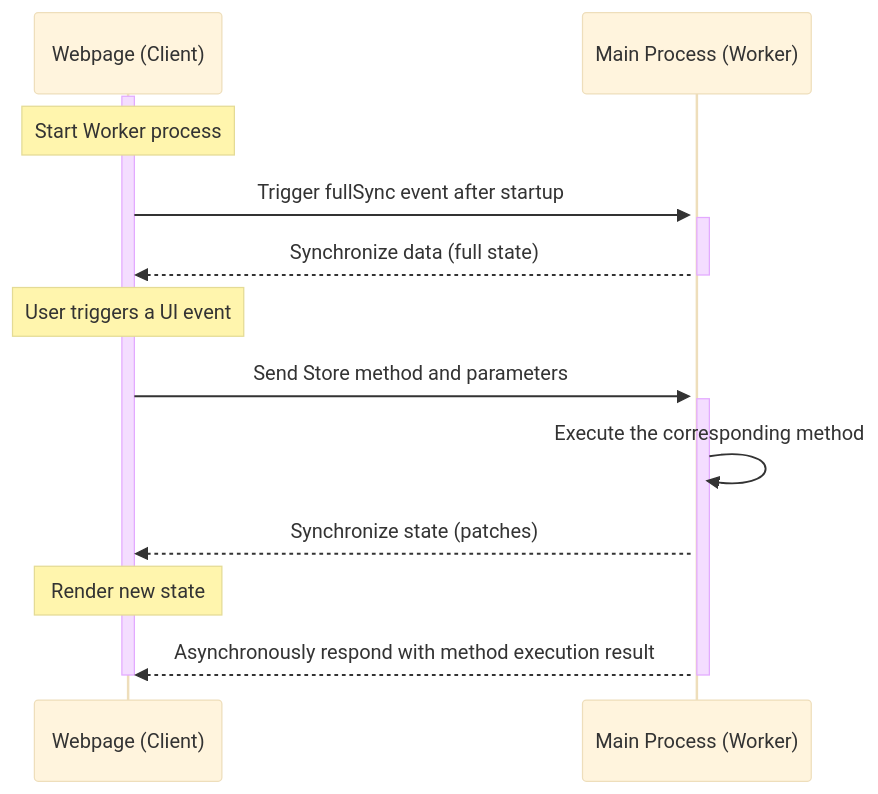
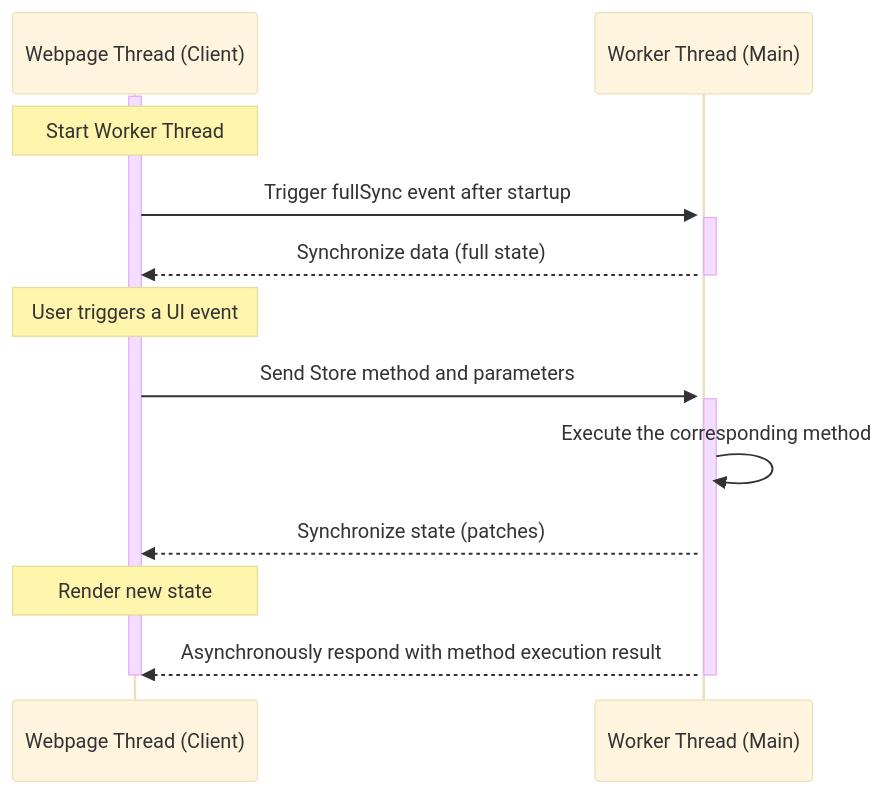
The diagram in README.md (unadlib/coaction), drawn with Mermaid (base theme) before and after one commit. The commit also changed other lines of this file and 3 other files, not shown here.

````diff
--- a/README.md
+++ b/README.md
@@ -47,25 +47,25 @@
 ```mermaid
 sequenceDiagram
-    participant Client as Webpage (Client)
-    participant Main as Main Process (Worker)
+    participant Client as Webpage Thread (Client)
+    participant Main as Worker Thread (Main)
 
     activate Client
-    Note over Client: Start Worker process
+    Note over Client: Start Worker Thread
     activate Main
 
     Client ->> Main: Trigger fullSync event after startup
     activate Main
     Main -->> Client: Synchronize data (full state)
     deactivate Main
 
     Note over Client: User triggers a UI event
     Client ->> Main: Send Store method and parameters
     activate Main
     Main ->> Main: Execute the corresponding method
     Main -->> Client: Synchronize state (patches)
     Note over Client: Render new state
 
     Main -->> Client: Asynchronously respond with method execution result
     deactivate Main
     deactivate Client
 ```
````
